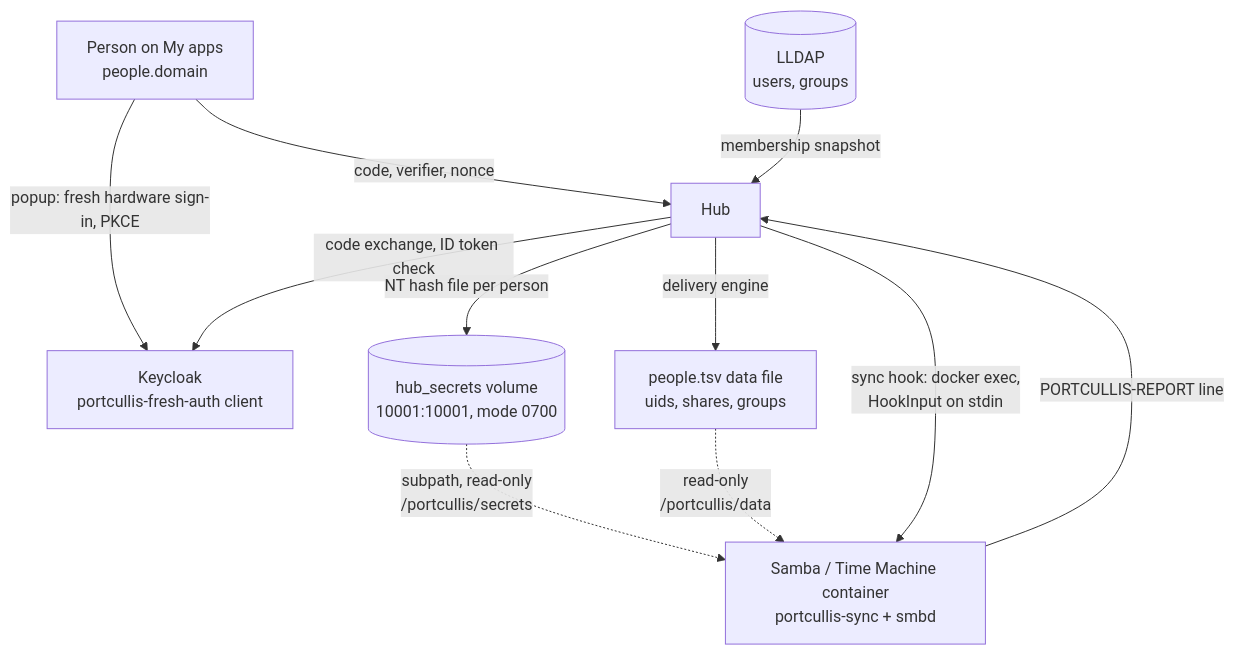
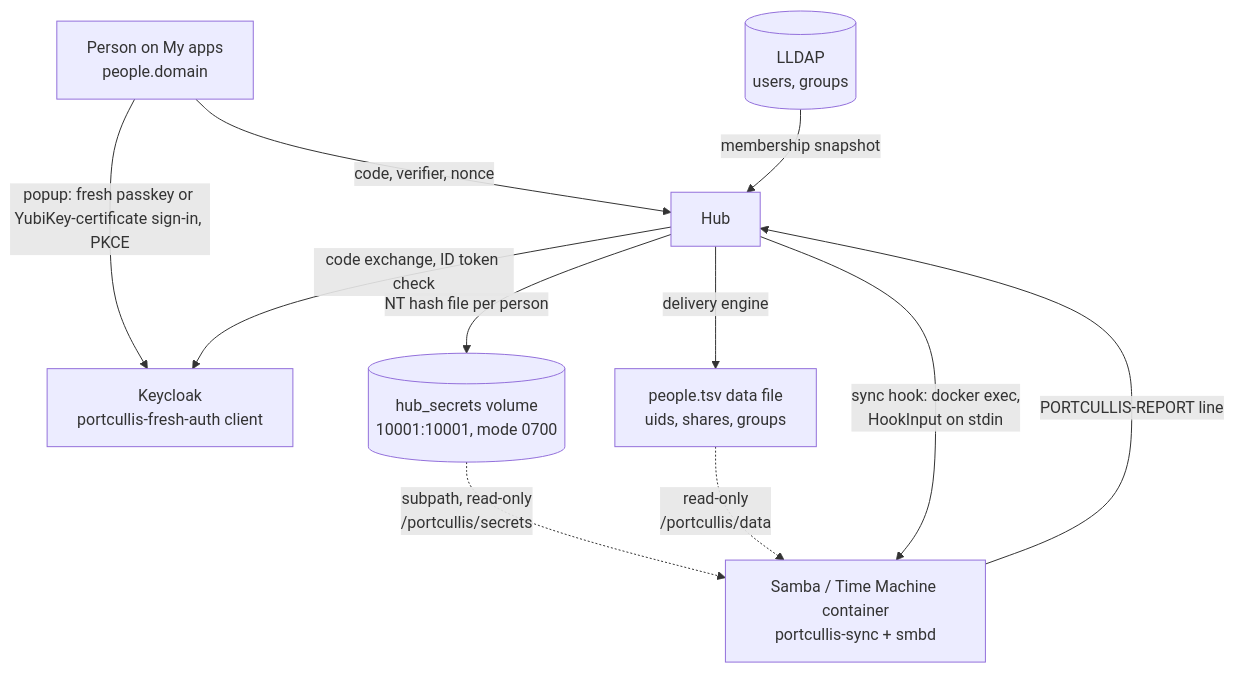
The ninth of 12 diagrams in docs/architecture.md (porelli/portcullis-docs), drawn with Mermaid before and after one commit. The commit also changed other lines of this file and 10 other files, not shown here.

````diff
--- a/docs/architecture.md
+++ b/docs/architecture.md
@@ -437,21 +437,21 @@
 ```mermaid
 flowchart TB
     Person[Person on My apps<br/>people.domain]
     KC[Keycloak<br/>portcullis-fresh-auth client]
     Hub[Hub]
     Secrets[(hub_secrets volume<br/>10001:10001, mode 0700)]
     People[people.tsv data file<br/>uids, shares, groups]
     LLDAP[(LLDAP<br/>users, groups)]
     App[Samba / Time Machine container<br/>portcullis-sync + smbd]
 
-    Person -->|popup: fresh hardware sign-in, PKCE| KC
+    Person -->|popup: fresh passkey or YubiKey-certificate sign-in, PKCE| KC
     Person -->|code, verifier, nonce| Hub
     Hub -->|code exchange, ID token check| KC
     Hub -->|NT hash file per person| Secrets
     Hub -->|delivery engine| People
     LLDAP -->|membership snapshot| Hub
     Secrets -.->|subpath, read-only<br/>/portcullis/secrets| App
     People -.->|read-only<br/>/portcullis/data| App
     Hub -->|sync hook: docker exec,<br/>HookInput on stdin| App
     App -->|PORTCULLIS-REPORT line| Hub
 ```
````
